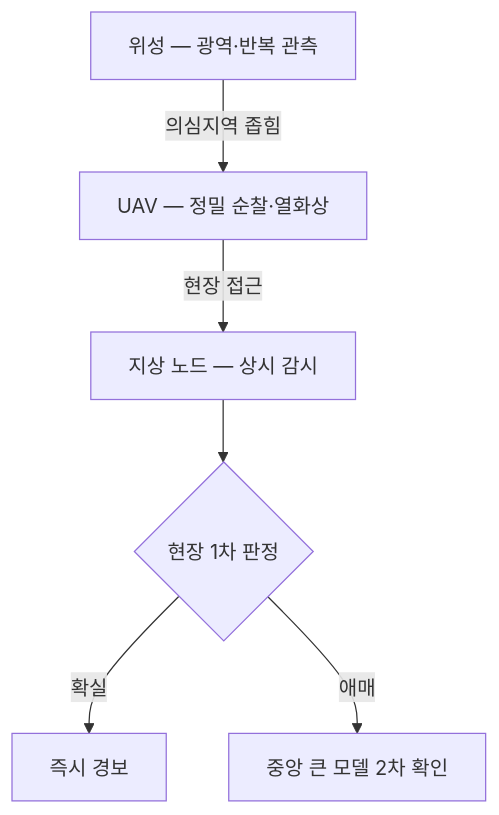
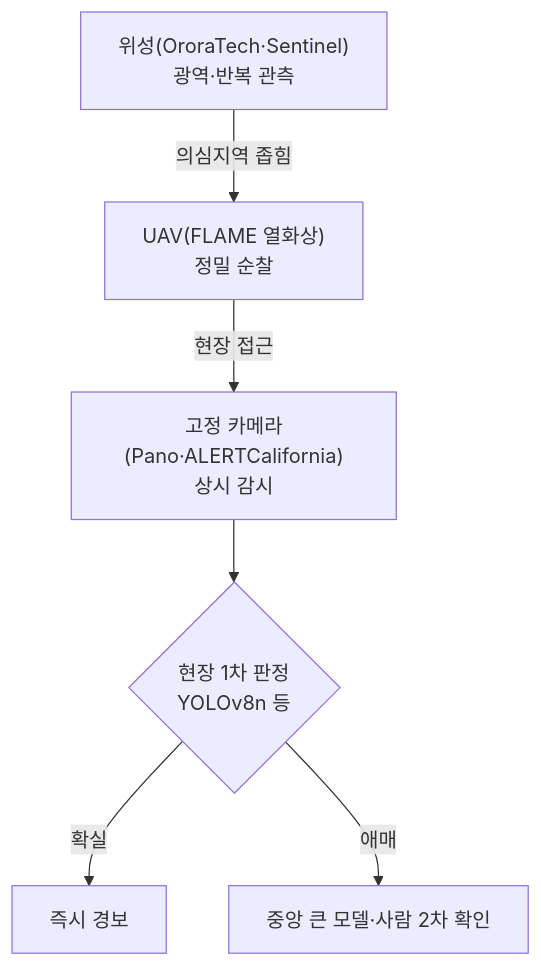
One commit to millim1983/millim1983.github.io changed the diagram in _posts/2026-06-19-ax-04-ondevice-disaster-vision.md. Above: the diagram before and after it, drawn with Mermaid. The commit also changed other lines of this file and 2 other files, not shown here.

````diff
--- a/_posts/2026-06-19-ax-04-ondevice-disaster-vision.md
+++ b/_posts/2026-06-19-ax-04-ondevice-disaster-vision.md
@@ -51,8 +57,8 @@
 ```mermaid
 flowchart TB
-  SAT["위성 — 광역·반복 관측"] -->|의심지역 좁힘| UAV["UAV — 정밀 순찰·열화상"]
-  UAV -->|현장 접근| GND["지상 노드 — 상시 감시"]
-  GND --> EDGE{"현장 1차 판정"}
+  SAT["위성(OroraTech·Sentinel)<br/>광역·반복 관측"] -->|의심지역 좁힘| UAV["UAV(FLAME 열화상)<br/>정밀 순찰"]
+  UAV -->|현장 접근| GND["고정 카메라(Pano·ALERTCalifornia)<br/>상시 감시"]
+  GND --> EDGE{"현장 1차 판정<br/>YOLOv8n 등"}
   EDGE -->|확실| ALERT["즉시 경보"]
-  EDGE -->|애매| CLOUD["중앙 큰 모델 2차 확인"]
+  EDGE -->|애매| CLOUD["중앙 큰 모델·사람 2차 확인"]
 ```
````
